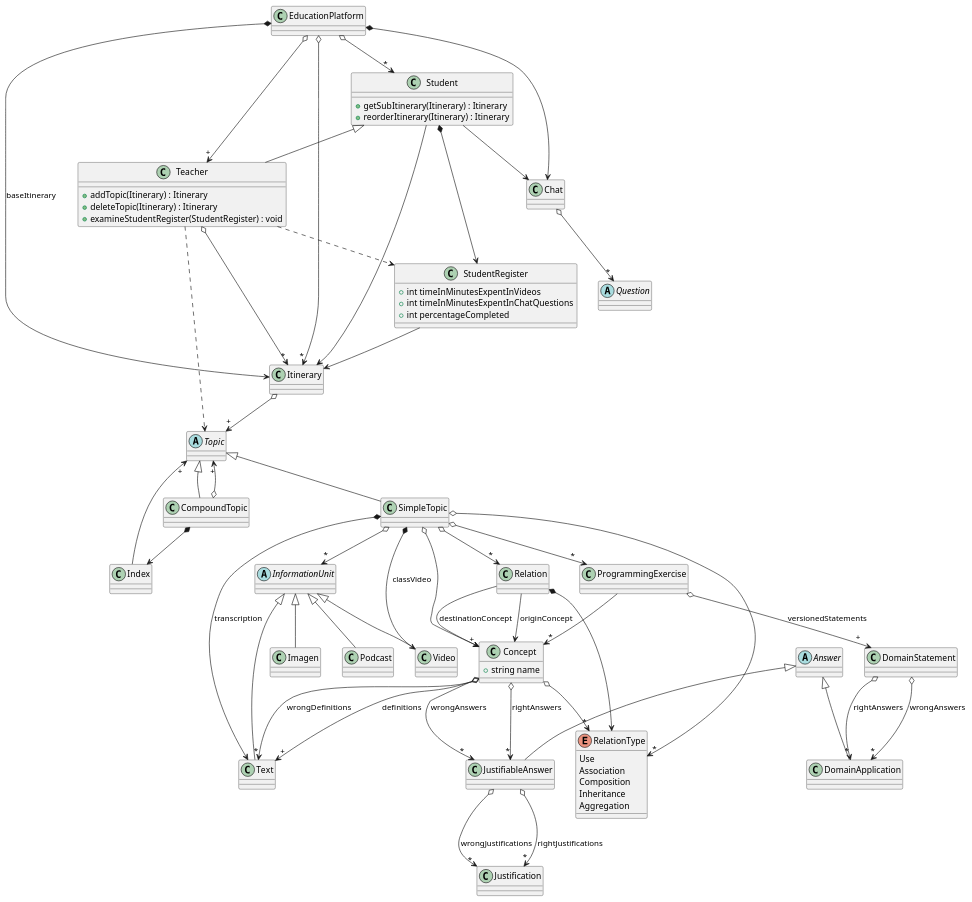
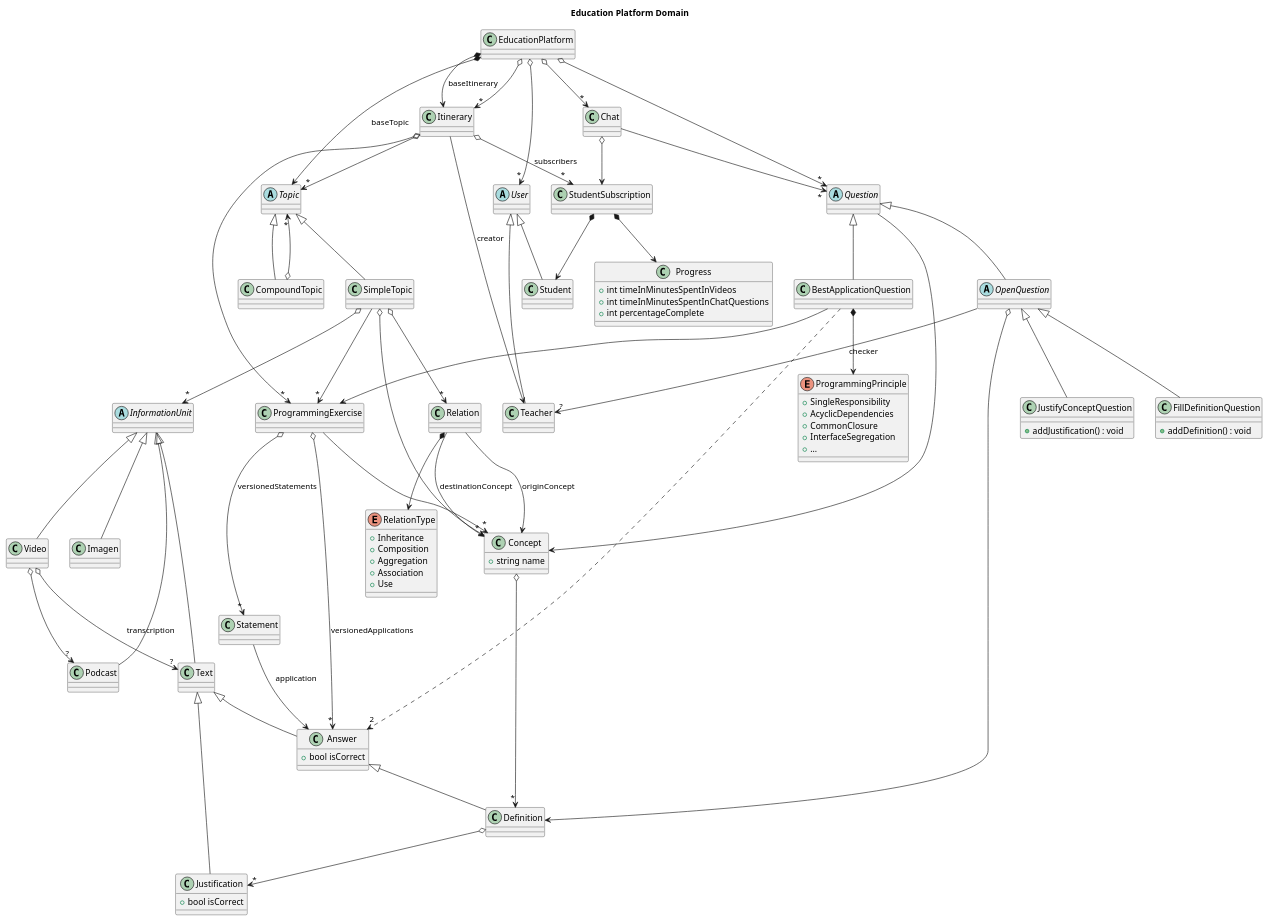
Before and after one commit to gianluisdiana/EducationPlatform: the diagram in docs/domain/eduation_platform.puml, drawn with PlantUML.

Commit message:
refactor: model close to code instead of real life

```diff
--- a/docs/domain/eduation_platform.puml
+++ b/docs/domain/eduation_platform.puml
@@ -1,121 +1,145 @@
 @startuml education_platform
 
-  class Student {
-    + getSubItinerary(Itinerary) : Itinerary
-    + reorderItinerary(Itinerary) : Itinerary
-  }
+  title Education Platform Domain
+
+  class EducationPlatform
+  EducationPlatform *--> Itinerary : baseItinerary
+  EducationPlatform o--> "*" Itinerary
 
   class Itinerary
 
-  Student --> Itinerary
+  abstract class Topic
+  Itinerary o--> "*" Topic
+  EducationPlatform *--> Topic : baseTopic
 
-  class Teacher {
-    + addTopic(Itinerary) : Itinerary
-    + deleteTopic(Itinerary) : Itinerary
-    + examineStudentRegister(StudentRegister) : void
-  }
+  class CompoundTopic
+  Topic <|-down- CompoundTopic
+  CompoundTopic o--> "*" Topic
 
-  Teacher o--> "*" Itinerary
-
-  abstract class Topic
-  class CompoundTopic
-  class Index
-
-  Student <|-down- Teacher
+  class SimpleTopic
+  Topic <|-down- SimpleTopic
 
   abstract class InformationUnit
+  SimpleTopic o--> "*" InformationUnit
 
+  class Text
   InformationUnit <|-down- Text
+  class Video
   InformationUnit <|-down- Video
+  Video o--> "?" Text : transcription
+
+  class Podcast
   InformationUnit <|-down- Podcast
+  Video o--> "?" Podcast
+  
+  class Imagen
   InformationUnit <|-down- Imagen
-
-  SimpleTopic o--> "*" InformationUnit
-  SimpleTopic *--> Video : classVideo
-  SimpleTopic *--> Text : transcription
-
-  Teacher ..> Topic
-
-  CompoundTopic o--> "+" Topic
-  CompoundTopic *--> Index
-
-  Topic <|-- CompoundTopic
-  Topic <|-- SimpleTopic
-
-  Index --> "+" Topic
-
-  Itinerary o--> "+" Topic
-
-  EducationPlatform o--> "*" Student
-  EducationPlatform o--> "+" Teacher
-  EducationPlatform *--> Itinerary : baseItinerary
-  EducationPlatform o--> "*" Itinerary
 
   class Concept {
     + string name
   }
+  SimpleTopic o--> "*" Concept
 
-  SimpleTopic o--> "+" Concept
-
-  Concept o--> "+" Text : definitions
-  Concept o--> "*" Text : wrongDefinitions
-  Concept o--> "*" RelationType
-
-  Relation *--> RelationType
+  class Relation
+  SimpleTopic o--> "*" Relation
   Relation --> Concept : originConcept
   Relation --> Concept : destinationConcept
 
-  SimpleTopic o--> "*" RelationType
   enum RelationType {
-    Use
-    Association
-    Composition
-    Inheritance
-    Aggregation
+    + Inheritance
+    + Composition
+    + Aggregation
+    + Association
+    + Use
+  }
+  Relation *--> RelationType
+  
+  class Definition
+  Concept o--> "*" Definition
+
+  class Justification {
+    + bool isCorrect
   }
 
+  Text <|-down- Justification
+  Definition o--> "*" Justification
+
+  class ProgrammingExercise
+  SimpleTopic --> "*" ProgrammingExercise
+  Itinerary o--> "*" ProgrammingExercise
+  ProgrammingExercise --> "*" Concept
+
+  class Statement
+  ProgrammingExercise o--> "*" Statement : versionedStatements
+
+  class Answer {
+    + bool isCorrect
+  }
+  Text <|-down- Answer
+  Answer <|-down- Definition
+  Statement --> Answer : application
+  ProgrammingExercise o--> "*" Answer : versionedApplications
+
+  ' ------------------- Chat and questions ------------------- '
+
   class Chat
+  EducationPlatform o--> "*" Chat
 
   abstract class Question
+  EducationPlatform o--> "*" Question
+  Chat --> "*" Question
+  Question --> Concept
 
-  Chat o--> "*" Question
+  abstract class OpenQuestion
+  Question <|-down- OpenQuestion
+  OpenQuestion o--> Definition
 
-  EducationPlatform *--> Chat
+  class FillDefinitionQuestion {
+    + addDefinition() : void
+  }
+  class JustifyConceptQuestion {
+    + addJustification() : void
+  }
+  OpenQuestion <|-down- JustifyConceptQuestion
+  OpenQuestion <|-down- FillDefinitionQuestion
 
-  Student --> Chat
+  class BestApplicationQuestion
+  Question <|-down- BestApplicationQuestion
+  BestApplicationQuestion ..> "2" Answer
+  BestApplicationQuestion --> ProgrammingExercise
 
-  Concept o--> "*" JustifiableAnswer : wrongAnswers
-  Concept o--> "*" JustifiableAnswer : rightAnswers
+  enum ProgrammingPrinciple {
+    + SingleResponsibility
+    + AcyclicDependencies
+    + CommonClosure
+    + InterfaceSegregation
+    + ...
+  }
+  BestApplicationQuestion *--> ProgrammingPrinciple
 
-  JustifiableAnswer o--> "*" Justification : wrongJustifications
-  JustifiableAnswer o--> "*" Justification : rightJustifications
+  ' ------------------- Actors -------------------
 
-  class JustifiableAnswer
+  abstract class User
+  EducationPlatform o--> "*" User
 
-  class ProgrammingExercise
-  class DomainApplication
+  class Teacher
+  User <|-down- Teacher
+  Itinerary --> Teacher : creator
+  OpenQuestion --> "?" Teacher : checker
 
-  abstract class Answer
-  Answer <|-- JustifiableAnswer
-  Answer <|-- DomainApplication
+  class Student
+  User <|-down- Student
 
-  DomainStatement o--> "*" DomainApplication : rightAnswers
-  DomainStatement o--> "*" DomainApplication : wrongAnswers
-
-  class StudentRegister {
-    + int timeInMinutesExpentInVideos
-    + int timeInMinutesExpentInChatQuestions
-    + int percentageCompleted
+  class Progress {
+    + int timeInMinutesSpentInVideos
+    + int timeInMinutesSpentInChatQuestions
+    + int percentageComplete
   }
 
-  SimpleTopic o--> "*" ProgrammingExercise
-  SimpleTopic o--> "*" Relation
-
-  Student *--> StudentRegister
-  Teacher ..> StudentRegister
-  StudentRegister --> Itinerary
-
-  ProgrammingExercise o--> "+" DomainStatement : versionedStatements
-  ProgrammingExercise --> "*" Concept
+  class StudentSubscription
+  StudentSubscription *--> Student
+  StudentSubscription *--> Progress
+  Itinerary o--> "*" StudentSubscription : subscribers
+  Chat o--> StudentSubscription
 
 @enduml
```
